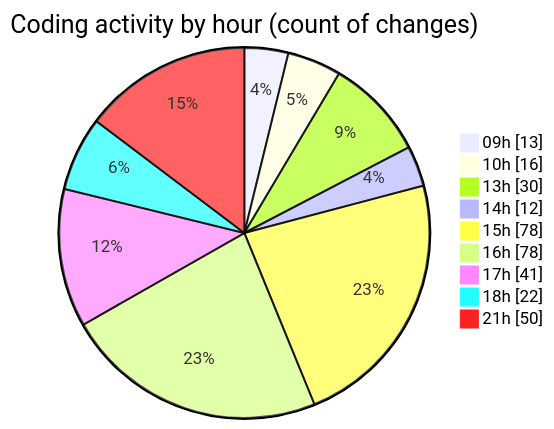
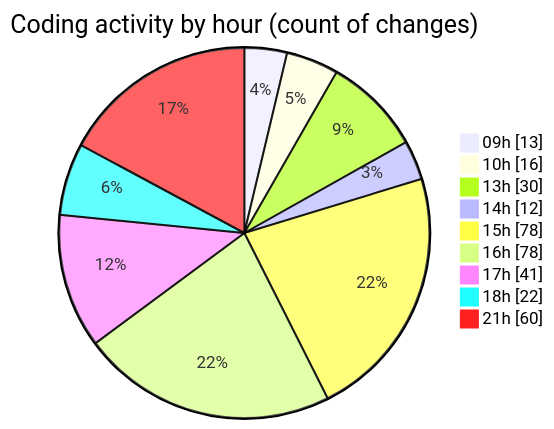
Before and after one commit to momahboobian/code-tracking: the second of 2 diagrams in 2025-03-31/cda/README.md, drawn with Mermaid. The commit also changed other lines of this file and 1 other file, not shown here.

````diff
--- a/2025-03-31/cda/README.md
+++ b/2025-03-31/cda/README.md
@@ -50,13 +50,13 @@
 ```mermaid
 pie showData
 title Coding activity by hour (count of changes)
 "09h" : 13
 "10h" : 16
 "13h" : 30
 "14h" : 12
 "15h" : 78
 "16h" : 78
 "17h" : 41
 "18h" : 22
-"21h" : 50
+"21h" : 60
 ```
````
